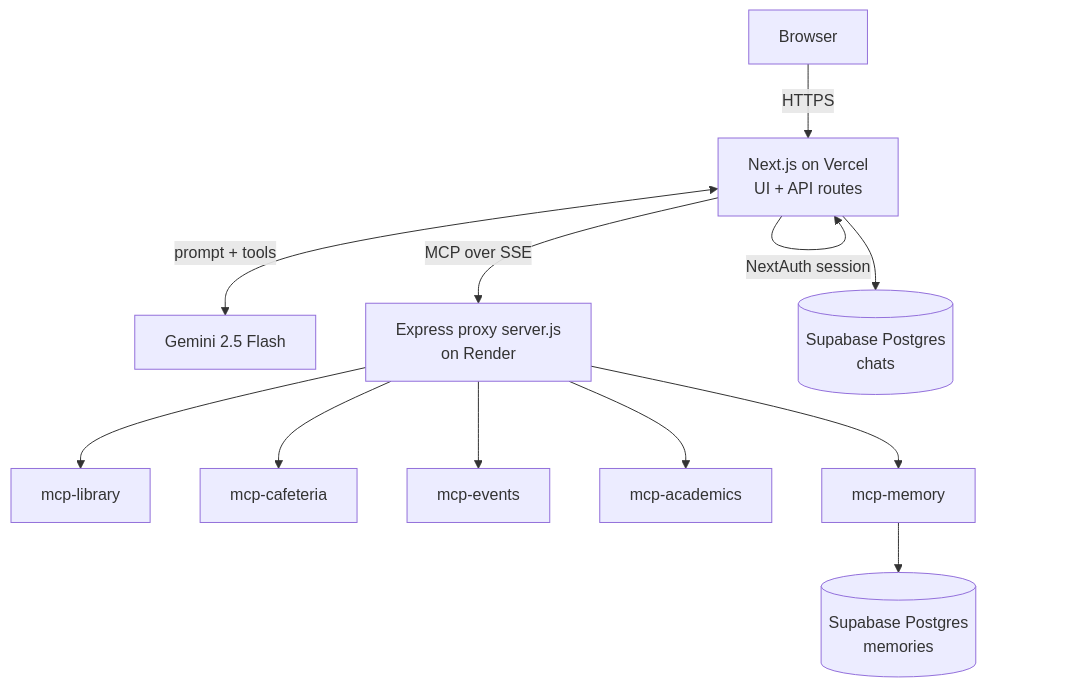
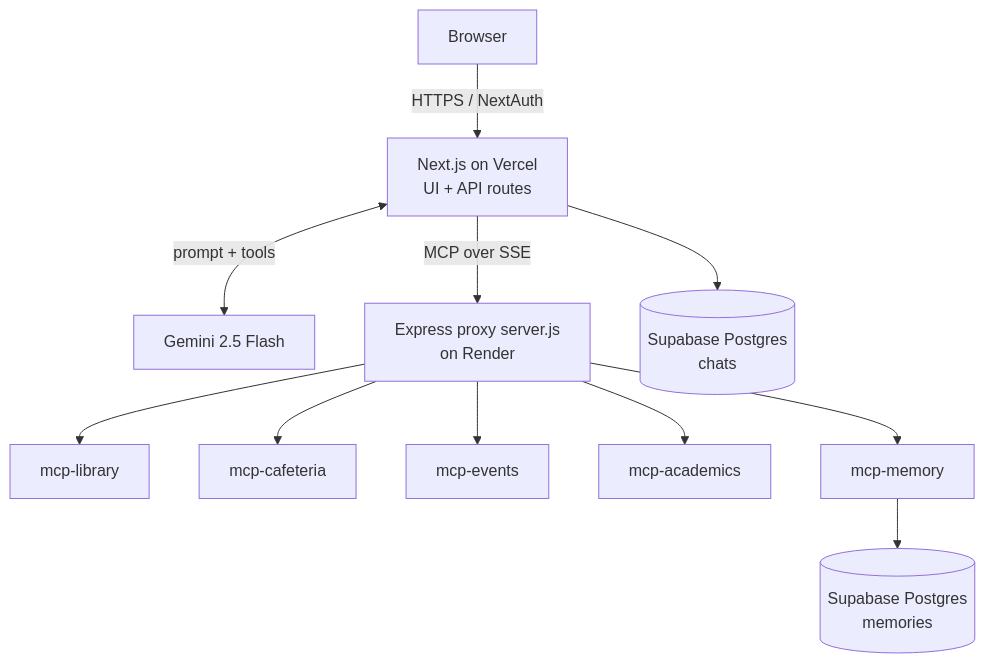
Before and after one commit to divyansh070/ml_notes: the first of 5 diagrams in OmniOS — Interview Dossier (SDE + ML).md, drawn with Mermaid. The commit also changed other lines of this file, not shown here.

Commit message:
fix(omnios): resolve Mermaid syntax and rich display rendering issues for GitHub

````diff
--- a/OmniOS — Interview Dossier (SDE + ML).md
+++ b/OmniOS — Interview Dossier (SDE + ML).md
@@ -111,14 +111,13 @@
 ```mermaid
 flowchart TD
-    B[Browser] -->|HTTPS| N[Next.js on Vercel<br/>UI + API routes]
-    N -->|NextAuth session| N
-    N <-->|prompt + tools| G[Gemini 2.5 Flash]
-    N -->|MCP over SSE| P[Express proxy server.js<br/>on Render]
-    P --> L[mcp-library]
-    P --> C[mcp-cafeteria]
-    P --> E[mcp-events]
-    P --> A[mcp-academics]
-    P --> M[mcp-memory]
-    N --> S[(Supabase Postgres<br/>chats)]
-    M --> S2[(Supabase Postgres<br/>memories)]
+    B["Browser"] -->|"HTTPS / NextAuth"| N["Next.js on Vercel<br>UI + API routes"]
+    N <-->|"prompt + tools"| G["Gemini 2.5 Flash"]
+    N -->|"MCP over SSE"| P["Express proxy server.js<br>on Render"]
+    P --> L["mcp-library"]
+    P --> C["mcp-cafeteria"]
+    P --> E["mcp-events"]
+    P --> A["mcp-academics"]
+    P --> M["mcp-memory"]
+    N --> S[("Supabase Postgres<br>chats")]
+    M --> S2[("Supabase Postgres<br>memories")]
 ```
````
